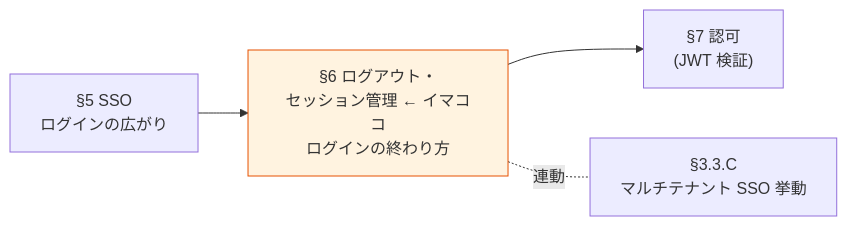
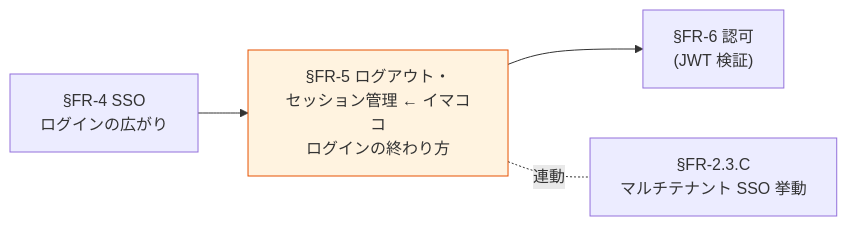
Before and after one commit to suepie/aws-atuh-poc: the first of 2 diagrams in doc/requirements/proposal/fr/05-logout-session.md, drawn with Mermaid. The commit also changed other lines of this file and 30 other files, not shown here.

````diff
--- a/doc/requirements/proposal/fr/05-logout-session.md
+++ b/doc/requirements/proposal/fr/05-logout-session.md
@@ -26,13 +26,13 @@
 ```mermaid
 flowchart LR
-    S5["§5 SSO<br/>ログインの広がり"]
-    S6["§6 ログアウト・<br/>セッション管理 ← イマココ<br/>ログインの終わり方"]
-    S7["§7 認可<br/>(JWT 検証)"]
-    S33C["§3.3.C<br/>マルチテナント SSO 挙動"]
+    S5["§FR-4 SSO<br/>ログインの広がり"]
+    S6["§FR-5 ログアウト・<br/>セッション管理 ← イマココ<br/>ログインの終わり方"]
+    S7["§FR-6 認可<br/>(JWT 検証)"]
+    S33C["§FR-2.3.C<br/>マルチテナント SSO 挙動"]
 
     S5 --> S6
     S6 --> S7
     S6 -.連動.- S33C
 
     style S6 fill:#fff3e0,stroke:#e65100
 ```
````
